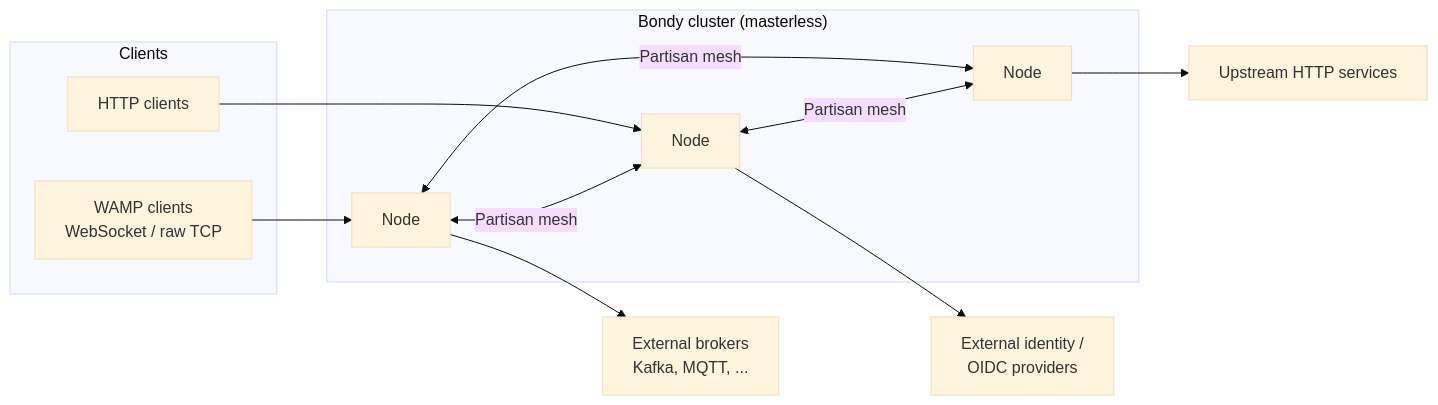
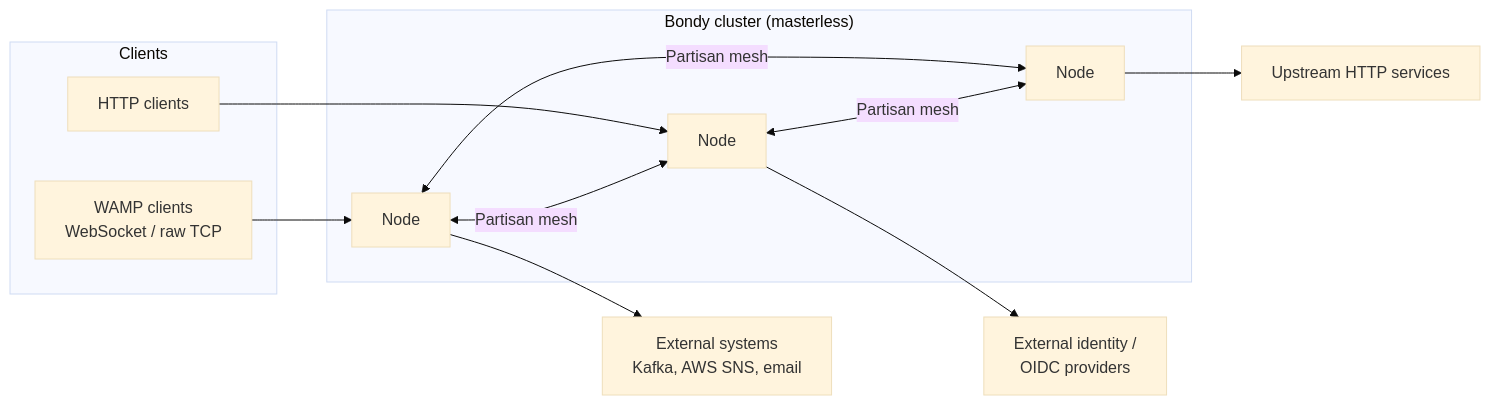
The diagram in doc/guides/architecture/architecture.md (bondy-io/bondy), drawn with Mermaid (base theme) before and after one commit. The commit also changed other lines of this file and 449 other files, not shown here.

````diff
--- a/doc/guides/architecture/architecture.md
+++ b/doc/guides/architecture/architecture.md
@@ -20,23 +20,23 @@
 ```mermaid
 flowchart LR
     subgraph Clients
         C1[WAMP clients<br/>WebSocket / raw TCP]
         C2[HTTP clients]
     end
     subgraph Cluster["Bondy cluster (masterless)"]
         N1[Node]
         N2[Node]
         N3[Node]
         N1 <-->|Partisan mesh| N2
         N2 <-->|Partisan mesh| N3
         N1 <-->|Partisan mesh| N3
     end
     IDP[External identity /<br/>OIDC providers]
     UP[Upstream HTTP services]
-    BR[External brokers<br/>Kafka, MQTT, ...]
+    BR[External systems<br/>Kafka, AWS SNS, email]
     C1 --> N1
     C2 --> N2
     N2 --> IDP
     N3 --> UP
     N1 --> BR
 ```
````
